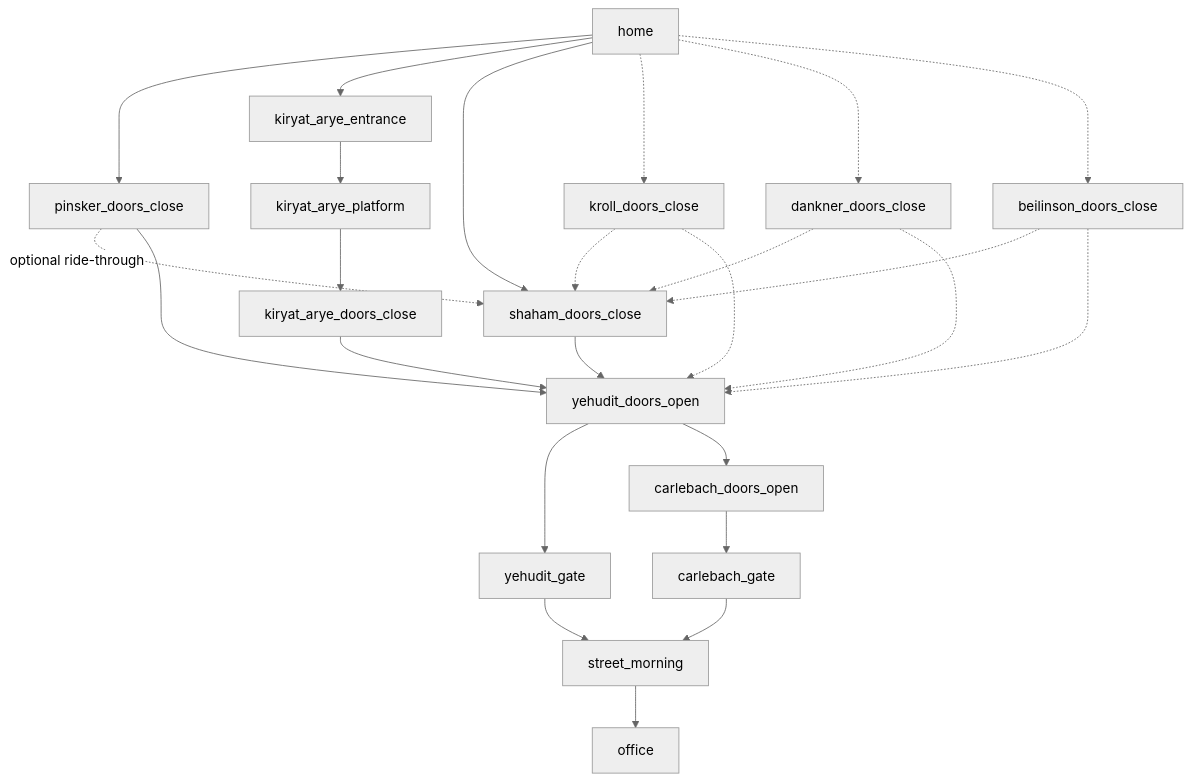
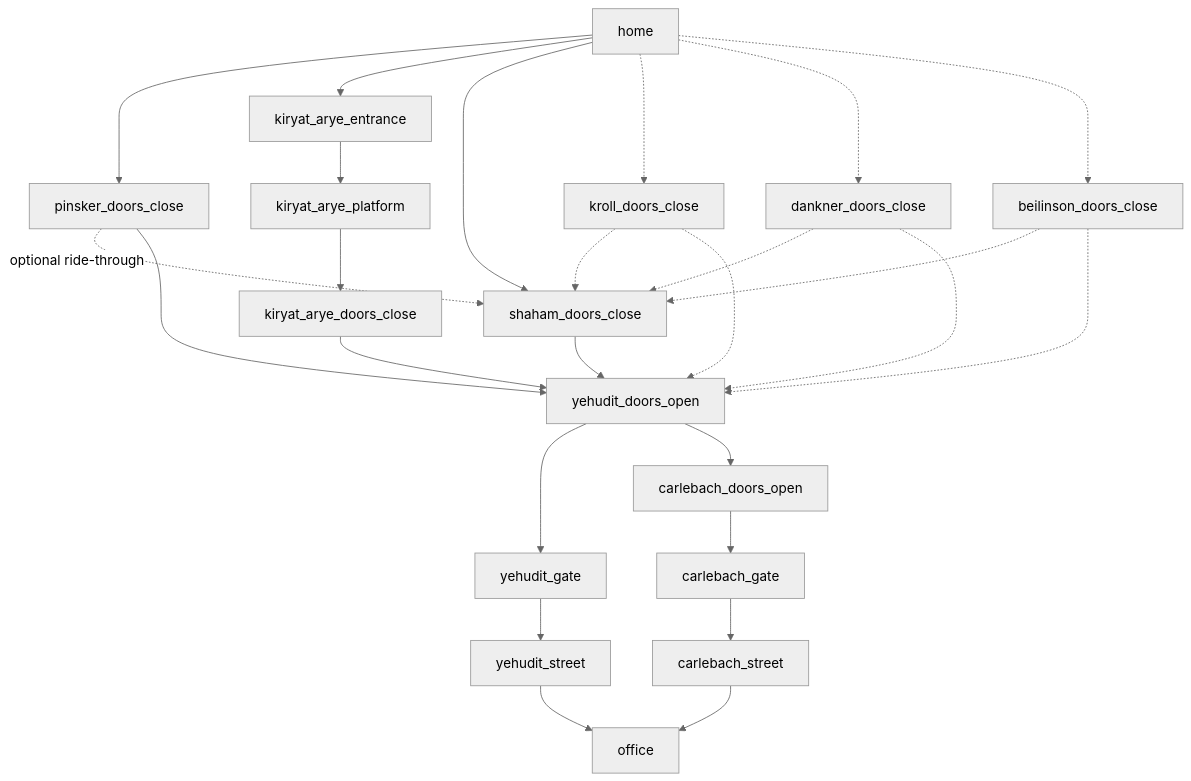
One commit to Voskov/path-race changed the first of 2 diagrams in SPEC.md. Above: the diagram before and after it, drawn with Mermaid (neutral theme). The commit also changed 2 other files, not shown here.

Commit message:
Split morning street checkpoint per office station
The street exits above Yehudit and Carlebach are ~700m apart and each
has its own platform-to-street climb, so a single shared street_morning
node conflated two physical locations (and carried one wrong estimated
coordinate). Replace it with yehudit_street and carlebach_street, each
with its own coordinates and office attribute. Gates stay as the
ticketing taps. street_evening is unchanged — it is genuinely one place,
the curb outside the office.

Claude-Session: https://claude.ai/code/session_01EzrZxF8YchRFgiQPGeeRzS

````diff
--- a/SPEC.md
+++ b/SPEC.md
@@ -58,27 +58,28 @@
 ```mermaid
 flowchart TD
     H[home] --> PDC[pinsker_doors_close]
     H --> KAE[kiryat_arye_entrance]
     H --> SDC[shaham_doors_close]
     H -.-> KRDC[kroll_doors_close]
     H -.-> DDC[dankner_doors_close]
     H -.-> BDC[beilinson_doors_close]
     KAE --> KAP[kiryat_arye_platform]
     KAP --> KDC[kiryat_arye_doors_close]
     PDC -.->|optional ride-through| SDC
     KRDC -.-> SDC
     DDC -.-> SDC
     BDC -.-> SDC
     SDC --> YDO[yehudit_doors_open]
     PDC --> YDO
     KRDC -.-> YDO
     DDC -.-> YDO
     BDC -.-> YDO
     KDC --> YDO
     YDO --> YG[yehudit_gate]
     YDO --> CDO[carlebach_doors_open]
-    YG --> ST_M[street_morning]
+    YG --> YST[yehudit_street]
     CDO --> CG[carlebach_gate]
-    CG --> ST_M
-    ST_M --> OF[office]
+    CG --> CST[carlebach_street]
+    YST --> OF[office]
+    CST --> OF
 ```
````
